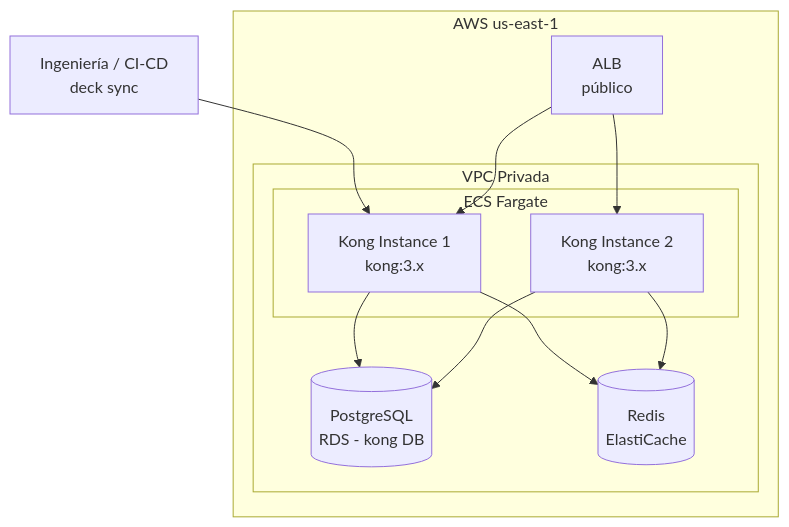
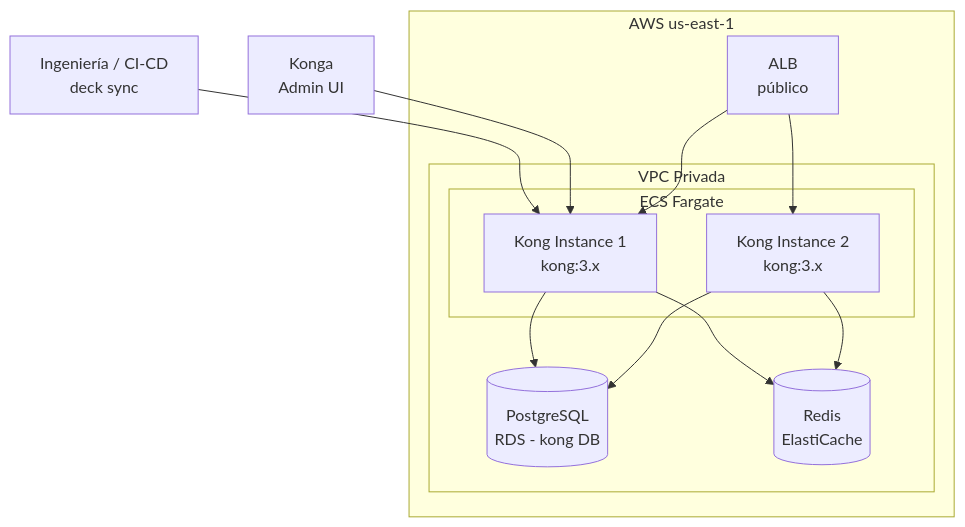
One commit to jclemente-tlm/tlm-doc-architecture changed the diagram in docs/plataforma-corporativa/plataforma-de-integracion/api-gateway/07-vista-implementacion.md. Above: the diagram before and after it, drawn with Mermaid. The commit also changed other lines of this file and 10 other files, not shown here.

````diff
--- a/docs/plataforma-corporativa/plataforma-de-integracion/api-gateway/07-vista-implementacion.md
+++ b/docs/plataforma-corporativa/plataforma-de-integracion/api-gateway/07-vista-implementacion.md
@@ -11,27 +11,29 @@
 ```mermaid
 graph TD
     subgraph AWS us-east-1
         ALB[ALB
 público]
         subgraph VPC Privada
             subgraph ECS Fargate
                 K1[Kong Instance 1
 kong:3.x]
                 K2[Kong Instance 2
 kong:3.x]
             end
             PG[(PostgreSQL
 RDS - kong DB)]
             RD[(Redis
 ElastiCache)]
         end
     end
     INF[Ingeniería / CI-CD
 deck sync] --> K1
+    KG[Konga
+Admin UI] --> K1
     ALB --> K1
     ALB --> K2
     K1 --> PG
     K2 --> PG
     K1 --> RD
     K2 --> RD
 ```
````
